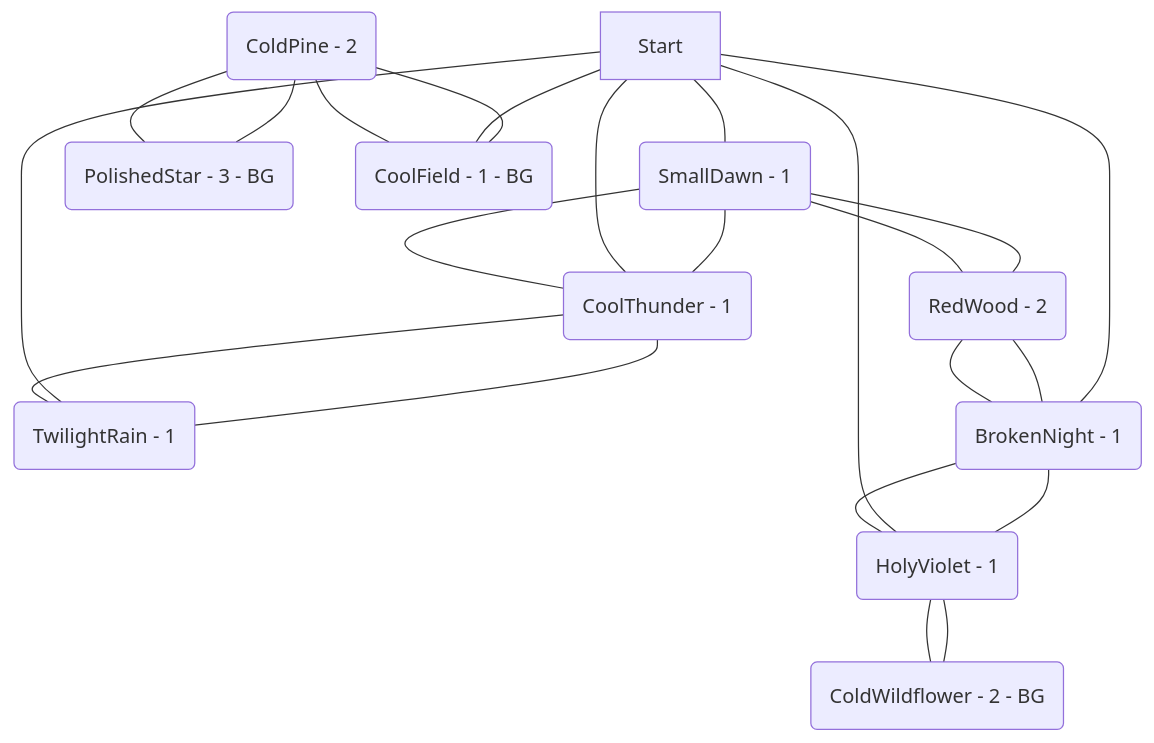
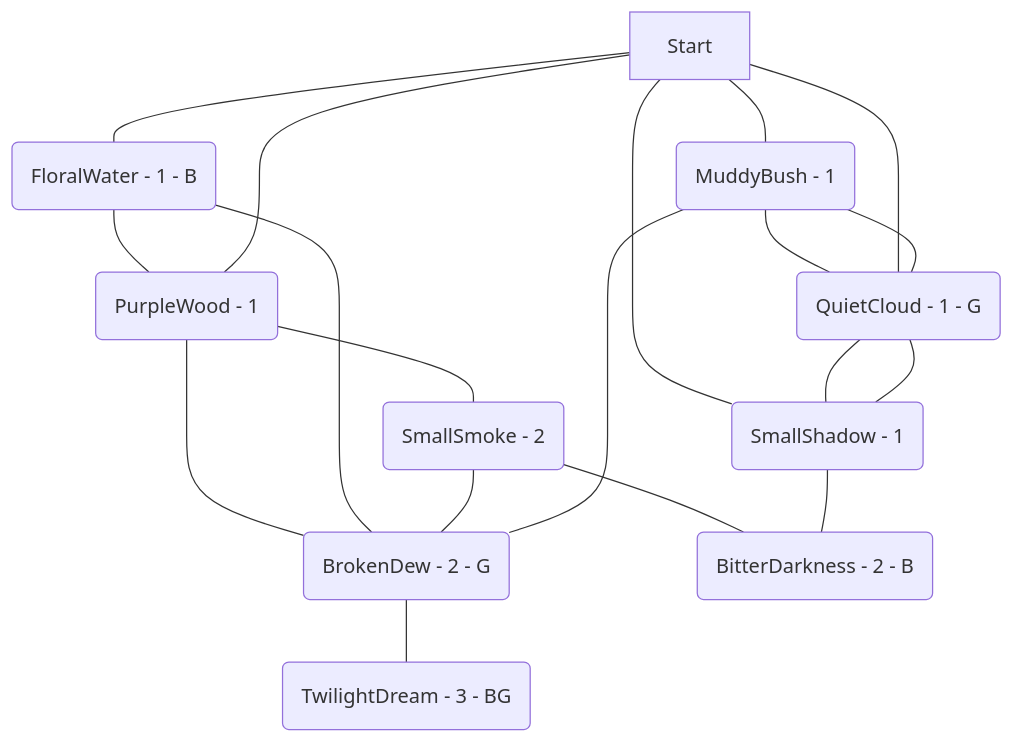
One commit to kinostl/Automatic-Liberation-Map changed the diagram in examples/006.md. Above: the diagram before and after it, drawn with Mermaid. The commit also changed other lines of this file and 9 other files, not shown here.

````diff
--- a/examples/006.md
+++ b/examples/006.md
@@ -4,25 +4,21 @@
 ```mermaid  
 flowchart TD  
-	hLPEgtCY(SmallDawn - 1) --- LpxBFqHv(CoolThunder - 1)  
-	LpxBFqHv(CoolThunder - 1) --- ZhDcNEOW(TwilightRain - 1)  
-	gkfVosxM(ColdPine - 2) --- rzLQCsNa(PolishedStar - 3 - BG)  
-	Start --- LpxBFqHv(CoolThunder - 1)  
-	AGWdbUhM(HolyViolet - 1) --- zKCFufDy(BrokenNight - 1)  
-	gkfVosxM(ColdPine - 2) --- IsHfxgeG(CoolField - 1 - BG)  
-	zKCFufDy(BrokenNight - 1) --- AGWdbUhM(HolyViolet - 1)  
-	Start --- zKCFufDy(BrokenNight - 1)  
-	ZhDcNEOW(TwilightRain - 1) --- LpxBFqHv(CoolThunder - 1)  
-	rzLQCsNa(PolishedStar - 3 - BG) --- gkfVosxM(ColdPine - 2)  
-	NEizaFCh(ColdWildflower - 2 - BG) --- AGWdbUhM(HolyViolet - 1)  
-	hLPEgtCY(SmallDawn - 1) --- CDjGvyVg(RedWood - 2)  
-	Start --- AGWdbUhM(HolyViolet - 1)  
-	CDjGvyVg(RedWood - 2) --- hLPEgtCY(SmallDawn - 1)  
-	LpxBFqHv(CoolThunder - 1) --- hLPEgtCY(SmallDawn - 1)  
-	Start --- hLPEgtCY(SmallDawn - 1)  
-	Start --- IsHfxgeG(CoolField - 1 - BG)  
-	zKCFufDy(BrokenNight - 1) --- CDjGvyVg(RedWood - 2)  
-	CDjGvyVg(RedWood - 2) --- zKCFufDy(BrokenNight - 1)  
-	Start --- ZhDcNEOW(TwilightRain - 1)  
-	IsHfxgeG(CoolField - 1 - BG) --- gkfVosxM(ColdPine - 2)  
-	AGWdbUhM(HolyViolet - 1) --- NEizaFCh(ColdWildflower - 2 - BG)  
+	kwEbNWeI(MuddyBush - 1) --- fveKqzYR(QuietCloud - 1 - G)  
+	fveKqzYR(QuietCloud - 1 - G) --- kwEbNWeI(MuddyBush - 1)  
+	RYvTXKfO(SmallShadow - 1) --- fveKqzYR(QuietCloud - 1 - G)  
+	xlWmQLwB(PurpleWood - 1) --- QRrkxbNO(SmallSmoke - 2)  
+	xlWmQLwB(PurpleWood - 1) --- ILNQuEbq(BrokenDew - 2 - G)  
+	WLDwxQAn(FloralWater - 1 - B) --- ILNQuEbq(BrokenDew - 2 - G)  
+	Start --- fveKqzYR(QuietCloud - 1 - G)  
+	ILNQuEbq(BrokenDew - 2 - G) --- rZWqQcAR(TwilightDream - 3 - BG)  
+	Start --- WLDwxQAn(FloralWater - 1 - B)  
+	QRrkxbNO(SmallSmoke - 2) --- ILNQuEbq(BrokenDew - 2 - G)  
+	QRrkxbNO(SmallSmoke - 2) --- rxpwZjdA(BitterDarkness - 2 - B)  
+	Start --- kwEbNWeI(MuddyBush - 1)  
+	WLDwxQAn(FloralWater - 1 - B) --- xlWmQLwB(PurpleWood - 1)  
+	Start --- RYvTXKfO(SmallShadow - 1)  
+	fveKqzYR(QuietCloud - 1 - G) --- RYvTXKfO(SmallShadow - 1)  
+	RYvTXKfO(SmallShadow - 1) --- rxpwZjdA(BitterDarkness - 2 - B)  
+	Start --- xlWmQLwB(PurpleWood - 1)  
+	kwEbNWeI(MuddyBush - 1) --- ILNQuEbq(BrokenDew - 2 - G)  
 ```  
````
